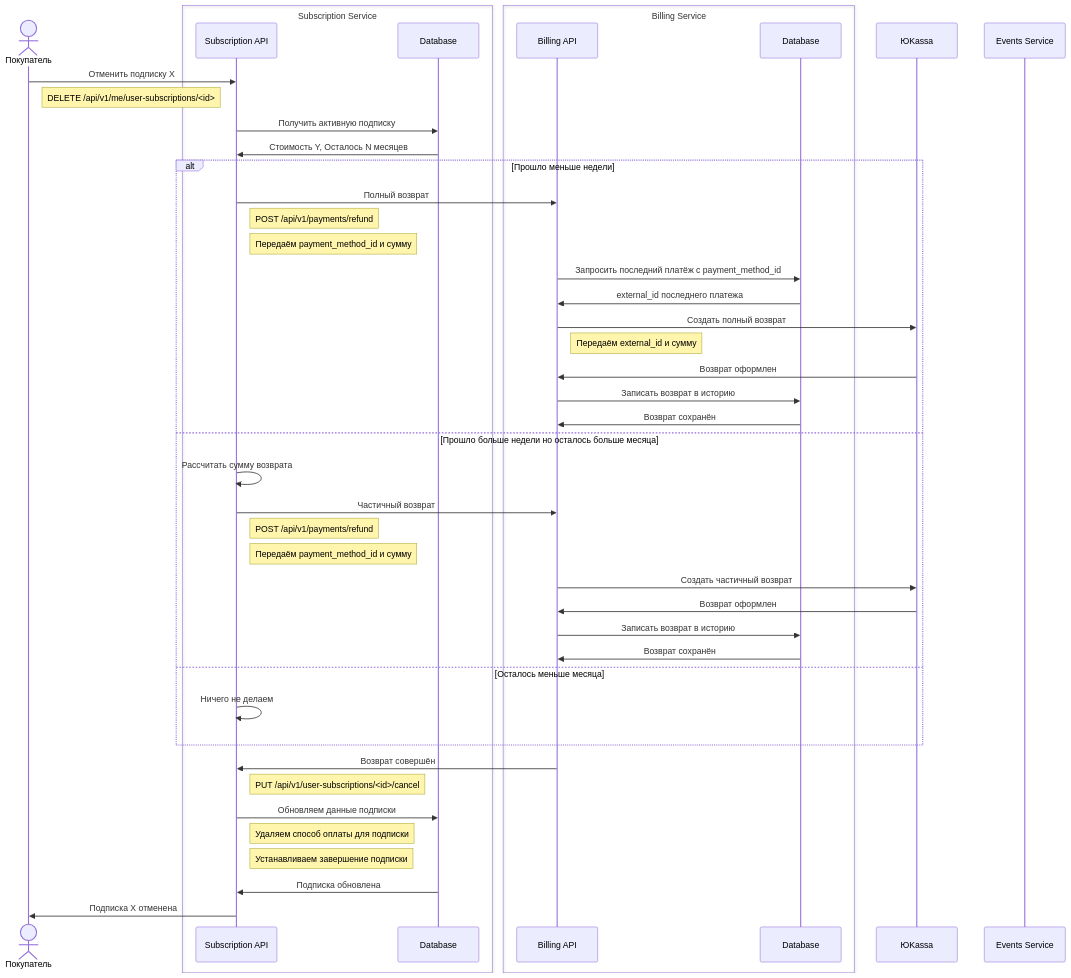
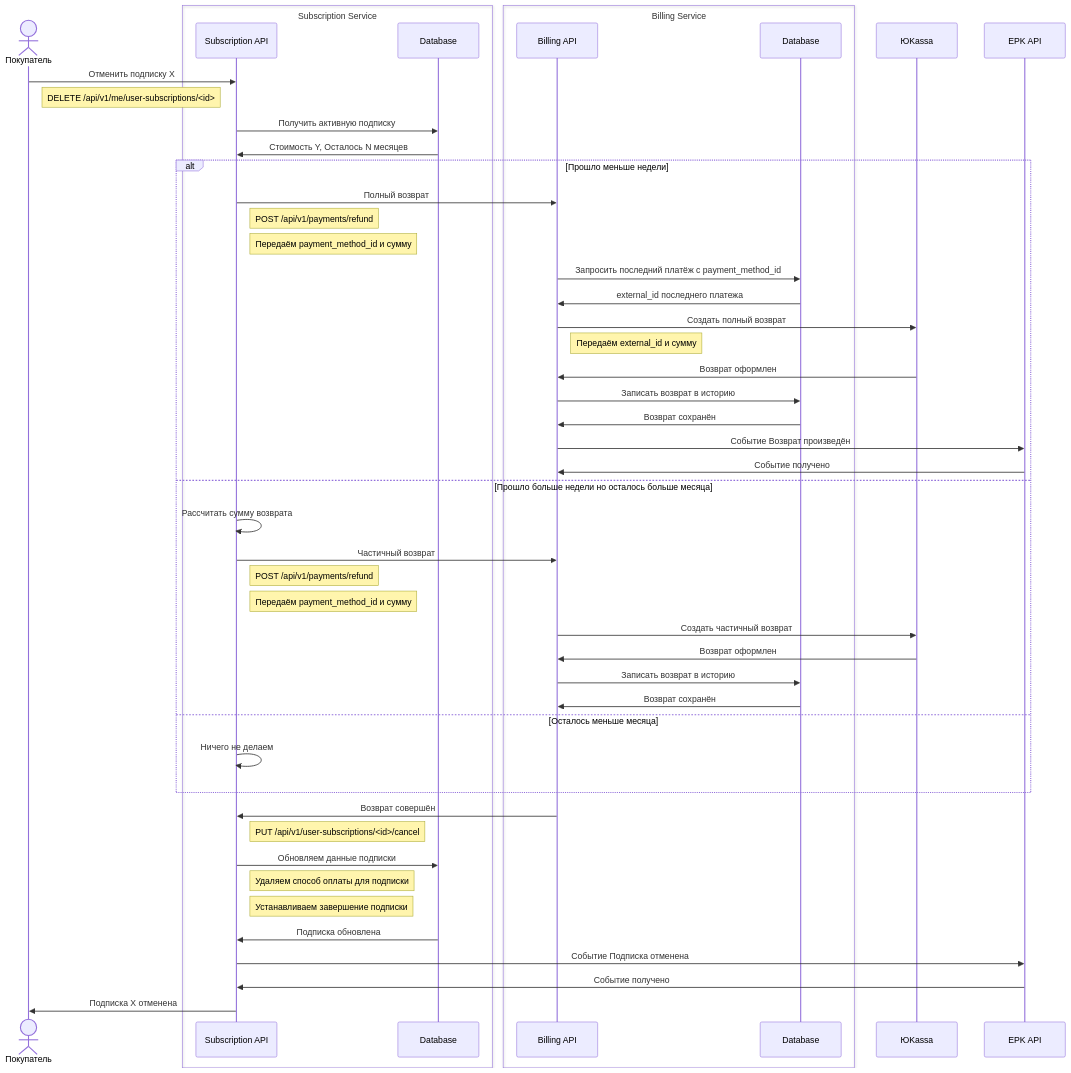
The diagram in architecture/sequence_diagrams/subscription_cancel.md (smb13/graduate_work), drawn with Mermaid before and after one commit. The commit also changed 2 other files, not shown here.

Commit message:
Переименовать Events Service в EPK API, добавить события на отмену

````diff
--- a/architecture/sequence_diagrams/subscription_cancel.md
+++ b/architecture/sequence_diagrams/subscription_cancel.md
@@ -3,49 +3,53 @@
 ```mermaid
 sequenceDiagram
     actor User as Покупатель
     box Subscription Service
         participant SubAPI as Subscription API
         participant SubDB as Database
     end
     box Billing Service
         participant BillAPI as Billing API
         participant BillDB as Database
     end
     participant YooKassa as ЮKassa
-    participant Events as Events Service
+    participant EPKAPI as EPK API
 
     User->>SubAPI: Отменить подписку X
     Note right of User: DELETE /api/v1/me/user-subscriptions/<id>
     SubAPI->>SubDB: Получить активную подписку
     SubDB->>SubAPI: Стоимость Y, Осталось N месяцев
     alt Прошло меньше недели
         SubAPI->>BillAPI: Полный возврат
         Note right of SubAPI: POST /api/v1/payments/refund
         Note right of SubAPI: Передаём payment_method_id и сумму
         BillAPI->>BillDB: Запросить последний платёж с payment_method_id
         BillDB->>BillAPI: external_id последнего платежа
         BillAPI->>YooKassa: Создать полный возврат
         Note right of BillAPI: Передаём external_id и сумму
         YooKassa->>BillAPI: Возврат оформлен 
         BillAPI->>BillDB: Записать возврат в историю
         BillDB->>BillAPI: Возврат сохранён
+        BillAPI->>EPKAPI: Событие Возврат произведён
+        EPKAPI->>BillAPI: Событие получено
     else Прошло больше недели но осталось больше месяца
         SubAPI->>SubAPI: Рассчитать сумму возврата
         SubAPI->>BillAPI: Частичный возврат
         Note right of SubAPI: POST /api/v1/payments/refund
         Note right of SubAPI: Передаём payment_method_id и сумму
         BillAPI->>YooKassa: Создать частичный возврат
         YooKassa->>BillAPI: Возврат оформлен
         BillAPI->>BillDB: Записать возврат в историю
         BillDB->>BillAPI: Возврат сохранён
     else Осталось меньше месяца
         SubAPI->>SubAPI: Ничего не делаем
     end
     BillAPI->>SubAPI: Возврат совершён
     Note right of SubAPI: PUT /api/v1/user-subscriptions/<id>/cancel
     SubAPI->>SubDB: Обновляем данные подписки
     Note right of SubAPI: Удаляем способ оплаты для подписки
     Note right of SubAPI: Устанавливаем завершение подписки
     SubDB->>SubAPI: Подписка обновлена
+    SubAPI->>EPKAPI: Событие Подписка отменена
+    EPKAPI->>SubAPI: Событие получено
     SubAPI->>User: Подписка X отменена
 ```
````
